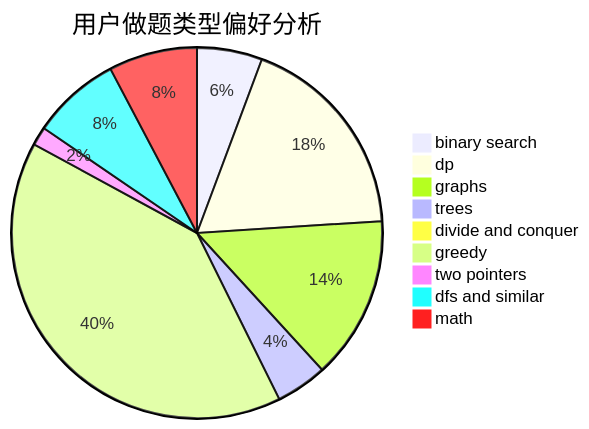
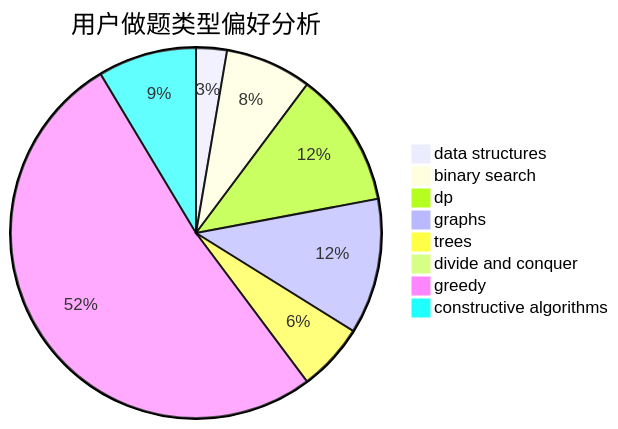
The second of 3 diagrams in docs/user/u2474.md (sherpahu/cfrs.github.io), drawn with Mermaid before and after one commit. The commit also changed other lines of this file and 2775 other files, not shown here.

````diff
--- a/docs/user/u2474.md
+++ b/docs/user/u2474.md
@@ -23,12 +23,11 @@
 ```mermaid
 pie title 用户做题类型偏好分析
+    "data structures" :  5
     "binary search" :  14
-    "dp" :  45
-    "graphs" :  35
+    "dp" :  22
+    "graphs" :  22
     "trees" :  11
     "divide and conquer" :  0
-    "greedy" :  99
-    "two pointers" :  4
-    "dfs and similar" :  19
-    "math" :  19
+    "greedy" :  96
+    "constructive algorithms" :  16
 ```
````
